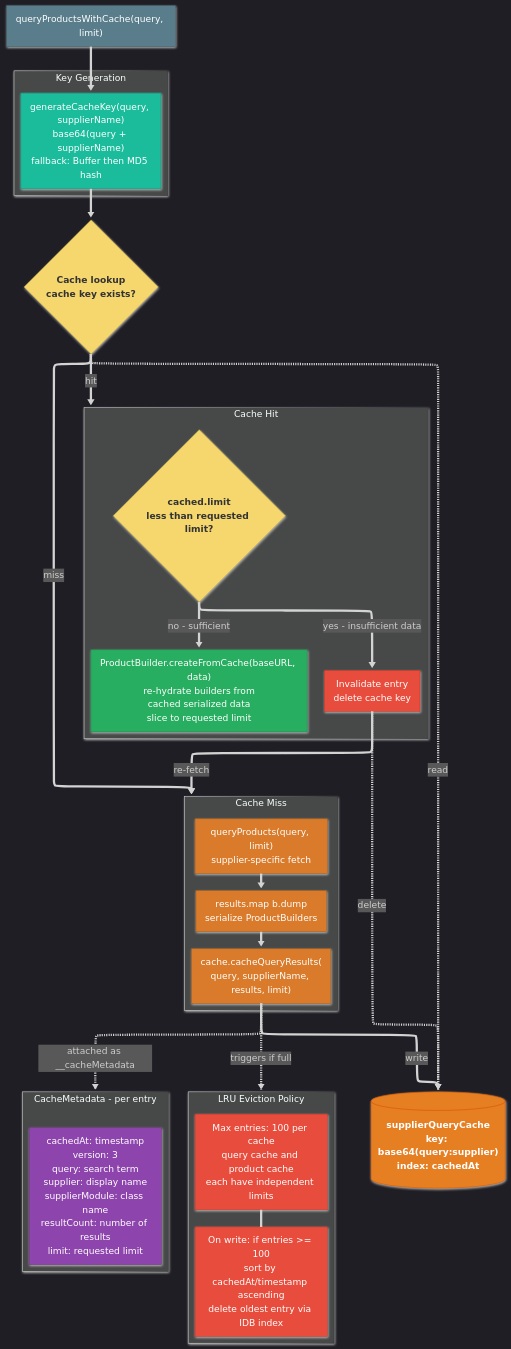
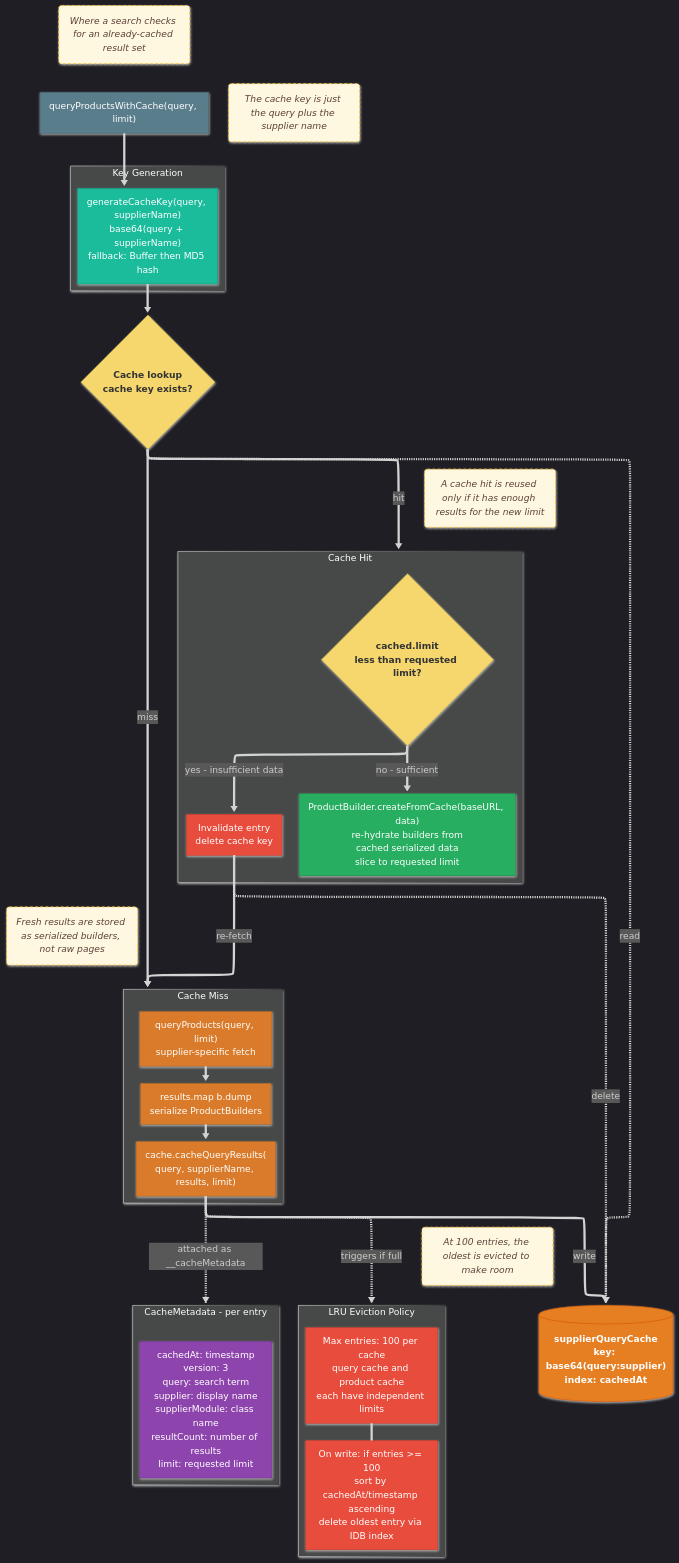
One commit to jhyland87/chem-pal changed the second of 5 diagrams in pages/diagrams/search-cache-flow.md. Above: the diagram before and after it, drawn with Mermaid. The commit also changed other lines of this file and 39 other files, not shown here.

````diff
--- a/pages/diagrams/search-cache-flow.md
+++ b/pages/diagrams/search-cache-flow.md
@@ -154,4 +154,20 @@
 class MAX,EVICT,INVALIDATE lru
 class META meta
 class GCK keygen
+
+%% ── Descriptor notes: plain-English descriptions pinned next to key nodes ──
+classDef descriptor fill:#FFF8E1,stroke:#FBC02D,stroke-width:1.5px,color:#5D4037,stroke-dasharray:5 4,font-style:italic
+D_QPC("Where a search checks for an already-cached result set")
+D_GCK("The cache key is just the query plus the supplier name")
+D_LIMITCHK("A cache hit is reused only if it has enough results for the new limit")
+D_SAVE1("Fresh results are stored as serialized builders, not raw pages")
+D_LRU("At 100 entries, the oldest is evicted to make room")
+D_QPC ~~~ QPC
+D_GCK ~~~ GCK
+D_LIMITCHK ~~~ LIMITCHK
+D_SAVE1 ~~~ SAVE1
+D_LRU ~~~ LRU
+class D_QPC,D_GCK,D_LIMITCHK,D_SAVE1,D_LRU descriptor
+%% Hide the connector lines for the descriptor notes (the last 5 links).
+linkStyle 15,16,17,18,19 stroke-width:0px,stroke:transparent
 ```
````
